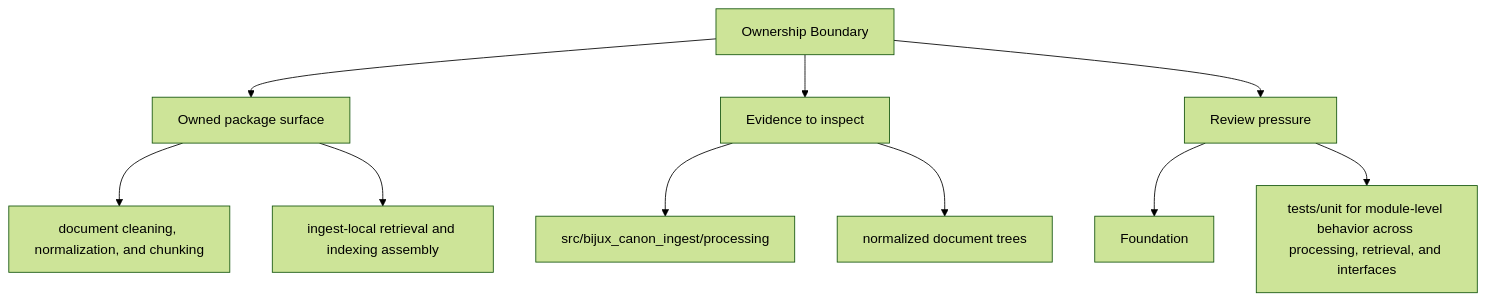
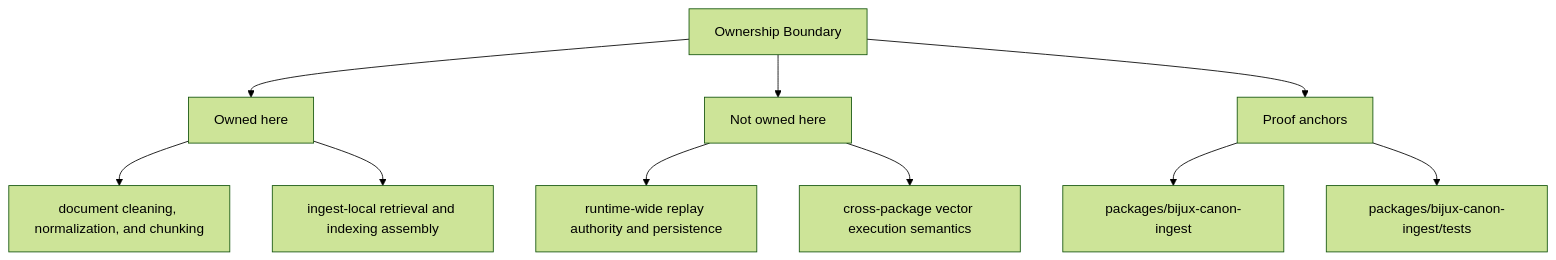
Before and after one commit to bijux/bijux-canon: the second of 2 diagrams in docs/bijux-canon-ingest/foundation/ownership-boundary.md, drawn with Mermaid (forest theme). The commit also changed other lines of this file and 250 other files, not shown here.

Commit message:
docs(diagrams): make product page maps more readable

````diff
--- a/docs/bijux-canon-ingest/foundation/ownership-boundary.md
+++ b/docs/bijux-canon-ingest/foundation/ownership-boundary.md
@@ -35,22 +35,22 @@
 ```mermaid
 flowchart TD
     page["Ownership Boundary"]
-    focus1["Owned package surface"]
+    focus1["Owned here"]
     page --> focus1
     focus1_1["document cleaning, normalization, and chunking"]
     focus1 --> focus1_1
     focus1_2["ingest-local retrieval and indexing assembly"]
     focus1 --> focus1_2
-    focus2["Evidence to inspect"]
+    focus2["Not owned here"]
     page --> focus2
-    focus2_1["src/bijux_canon_ingest/processing"]
+    focus2_1["runtime-wide replay authority and persistence"]
     focus2 --> focus2_1
-    focus2_2["normalized document trees"]
+    focus2_2["cross-package vector execution semantics"]
     focus2 --> focus2_2
-    focus3["Review pressure"]
+    focus3["Proof anchors"]
     page --> focus3
-    focus3_1["Foundation"]
+    focus3_1["packages/bijux-canon-ingest"]
     focus3 --> focus3_1
-    focus3_2["tests/unit for module-level behavior across processing, retrieval, and interfaces"]
+    focus3_2["packages/bijux-canon-ingest/tests"]
     focus3 --> focus3_2
 ```
````
